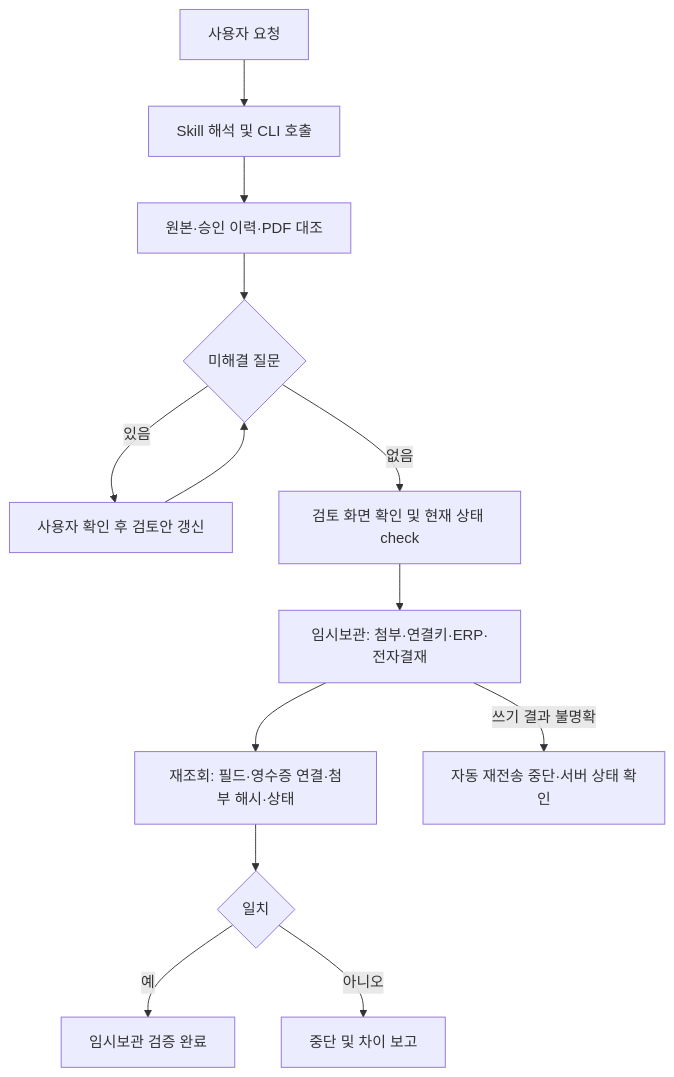
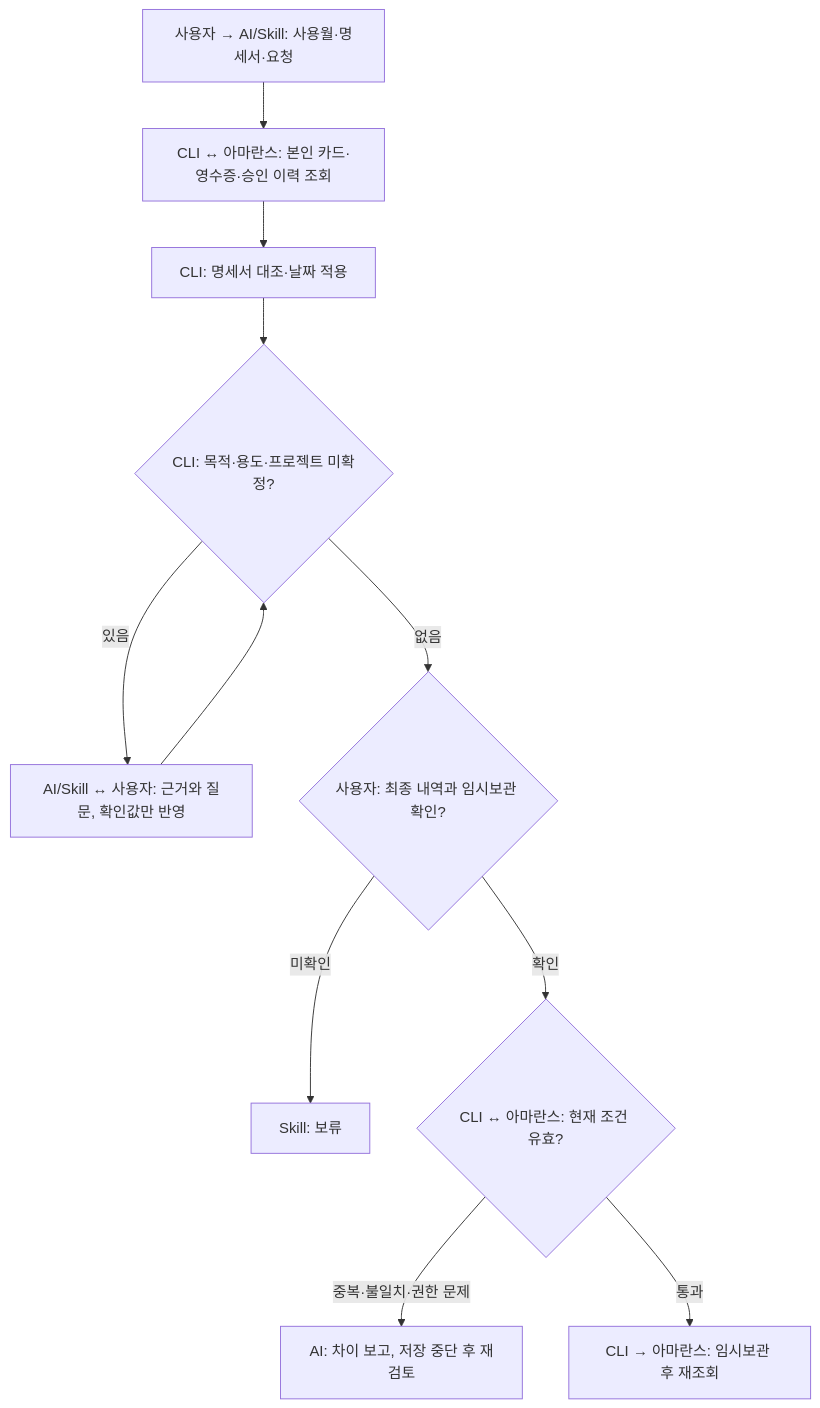
The diagram in assets/images/diagrams/jichool/01-expense-flow.mmd (merryAI-dev/merryAI-dev.github.io), drawn with Mermaid before and after one commit. The commit also changed 9 other files, not shown here.

Commit message:
Deepen expense articles with domain decisions and branching flows

```diff
--- a/assets/images/diagrams/jichool/01-expense-flow.mmd
+++ b/assets/images/diagrams/jichool/01-expense-flow.mmd
@@ -1,13 +1,11 @@
 flowchart TD
- A[사용자 요청] --> B[Skill 해석 및 CLI 호출]
- B --> C[원본·승인 이력·PDF 대조]
- C --> D{미해결 질문}
- D -->|있음| E[사용자 확인 후 검토안 갱신]
+ A["사용자 → AI/Skill: 사용월·명세서·요청"] --> B["CLI ↔ 아마란스: 본인 카드·영수증·승인 이력 조회"]
+ B --> C["CLI: 명세서 대조·날짜 적용"]
+ C --> D{"CLI: 목적·용도·프로젝트 미확정?"}
+ D -->|있음| E["AI/Skill ↔ 사용자: 근거와 질문, 확인값만 반영"]
  E --> D
- D -->|없음| F[검토 화면 확인 및 현재 상태 check]
- F --> G[임시보관: 첨부·연결키·ERP·전자결재]
- G --> H[재조회: 필드·영수증 연결·첨부 해시·상태]
- H --> I{일치}
- I -->|예| J[임시보관 검증 완료]
- I -->|아니오| K[중단 및 차이 보고]
- G -->|쓰기 결과 불명확| L[자동 재전송 중단·서버 상태 확인]
+ D -->|없음| F{"사용자: 최종 내역과 임시보관 확인?"}
+ F -->|미확인| W["Skill: 보류"]
+ F -->|확인| G{"CLI ↔ 아마란스: 현재 조건 유효?"}
+ G -->|중복·불일치·권한 문제| X["AI: 차이 보고, 저장 중단 후 재검토"]
+ G -->|통과| H["CLI → 아마란스: 임시보관 후 재조회"]
```
